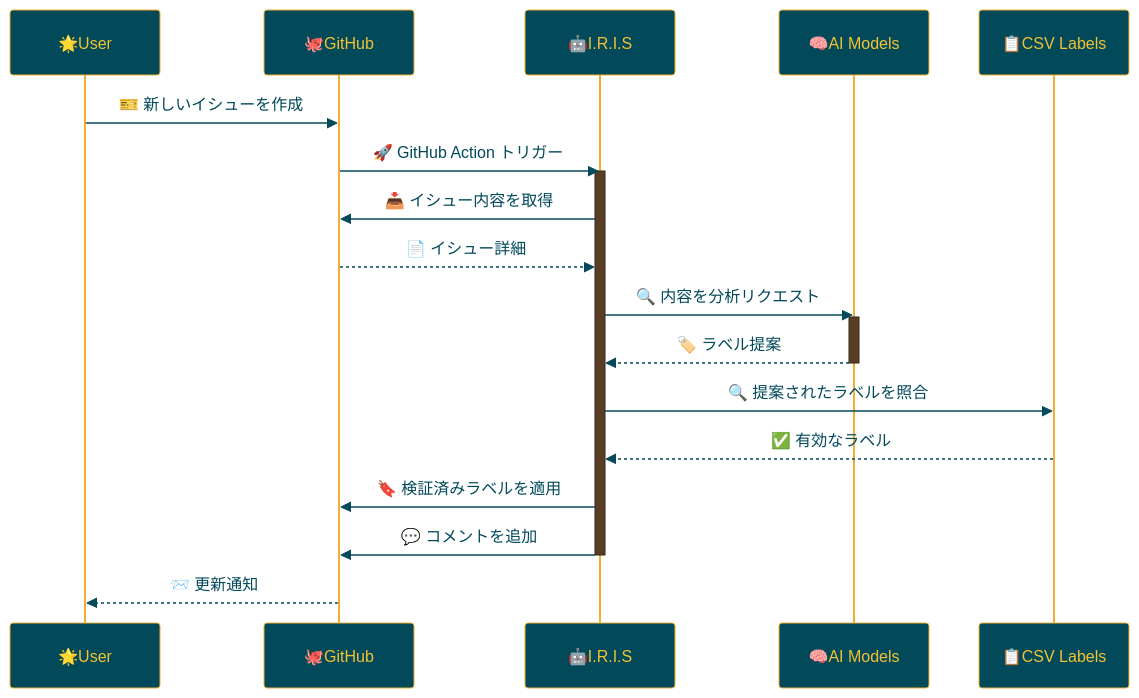
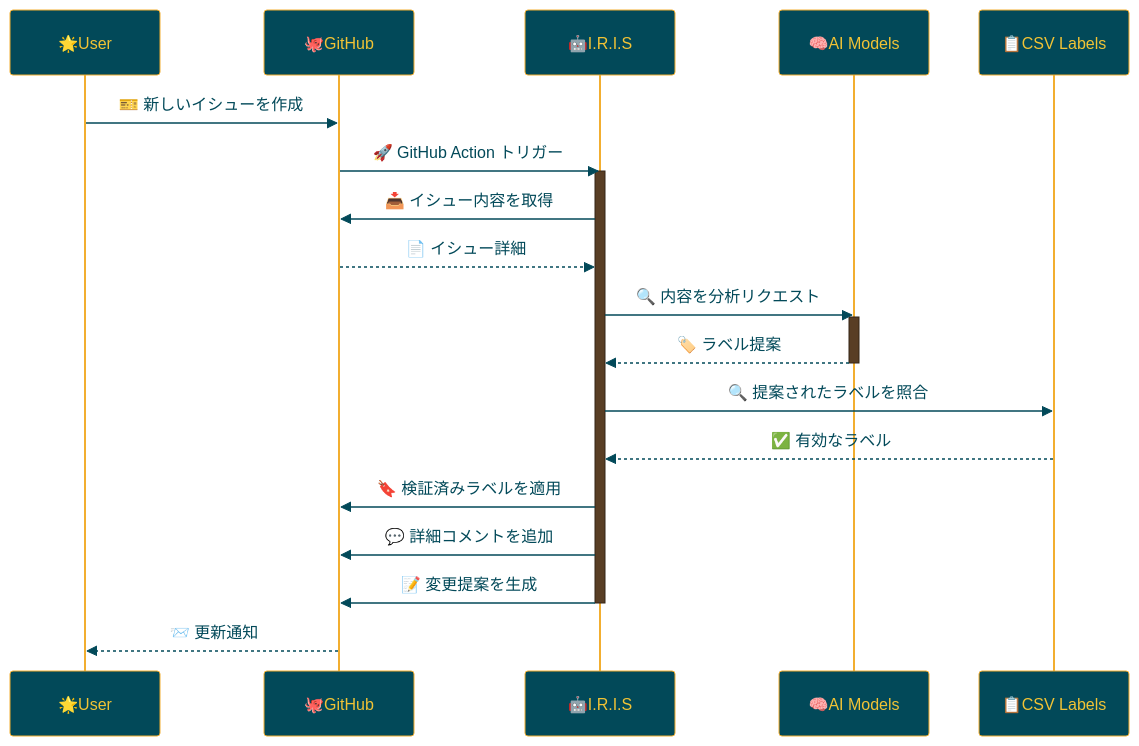
Before and after one commit to Sunwood-ai-labs/IRIS: the diagram in README.md, drawn with Mermaid. The commit also changed other lines of this file, not shown here.

````diff
--- a/README.md
+++ b/README.md
@@ -106,25 +122,26 @@
 ```mermaid
 %%{init:{'theme':'base','themeVariables':{'primaryColor':'#024959','primaryTextColor':'#F2C335','primaryBorderColor':'#F2AE30','lineColor':'#A1A2A6','secondaryColor':'#593E25','tertiaryColor':'#F2C335','noteTextColor':'#024959','noteBkgColor':'#F2C335','textColor':'#024959','fontSize':'18px'}}}%%
 sequenceDiagram
     participant 👤 as 🌟User
     participant 🐙 as 🐙GitHub
     participant 🤖 as 🤖I.R.I.S
     participant 🧠 as 🧠AI Models
     participant 📋 as 📋CSV Labels
     
     👤->>🐙: 🎫 新しいイシューを作成
     🐙->>🤖: 🚀 GitHub Action トリガー
     activate 🤖
     🤖->>🐙: 📥 イシュー内容を取得
     🐙-->>🤖: 📄 イシュー詳細
     🤖->>🧠: 🔍 内容を分析リクエスト
     activate 🧠
     🧠-->>🤖: 🏷️ ラベル提案
     deactivate 🧠
     🤖->>📋: 🔍 提案されたラベルを照合
     📋-->>🤖: ✅ 有効なラベル
     🤖->>🐙: 🔖 検証済みラベルを適用
-    🤖->>🐙: 💬 コメントを追加
+    🤖->>🐙: 💬 詳細コメントを追加
+    🤖->>🐙: 📝 変更提案を生成
     deactivate 🤖
     🐙-->>👤: 📨 更新通知
 ```
````
